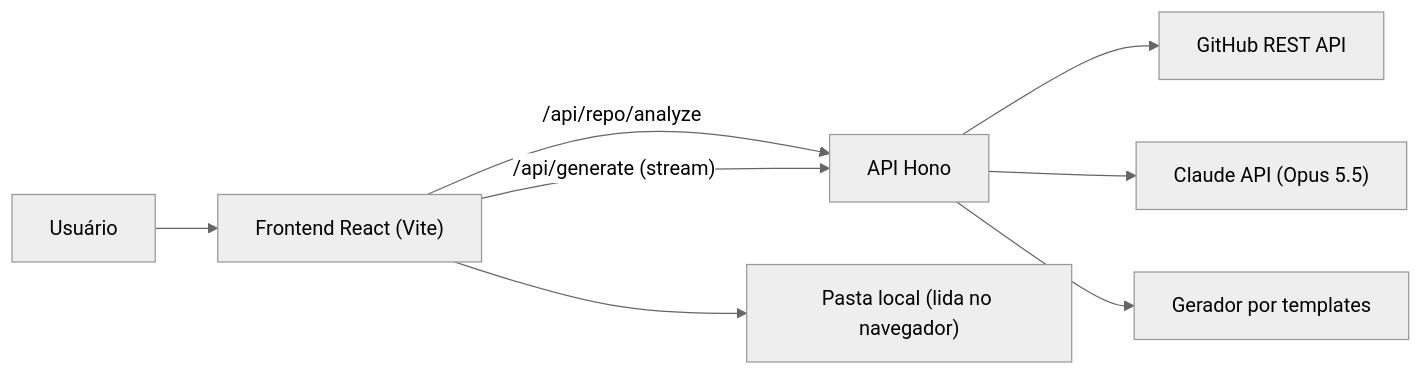
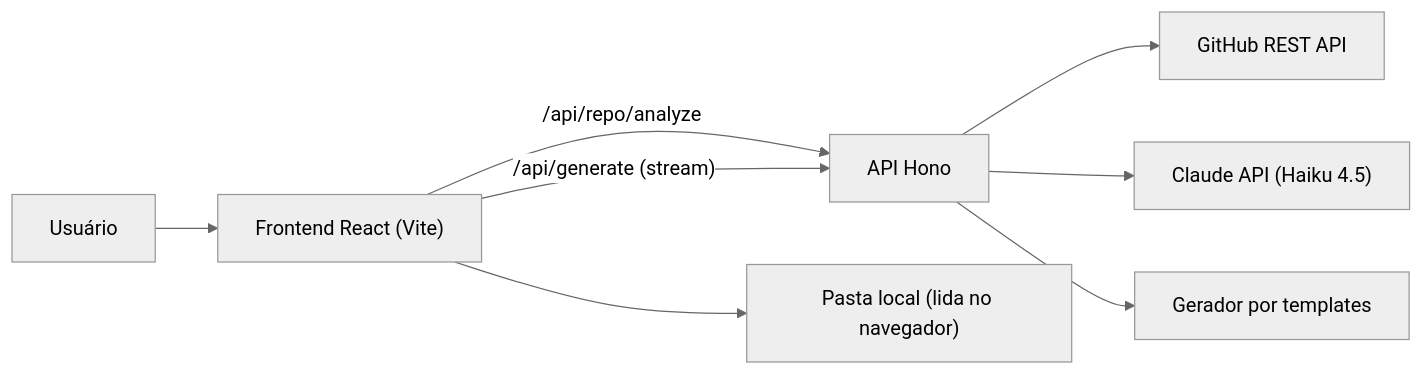
The diagram in README.md (lmaciel0/ReadmeCraft), drawn with Mermaid (neutral theme) before and after one commit. The commit also changed other lines of this file and 6 other files, not shown here.

````diff
--- a/README.md
+++ b/README.md
@@ -38,10 +38,10 @@
 ```mermaid
 flowchart LR
   user["Usuário"] --> web["Frontend React (Vite)"]
   web -->|"/api/repo/analyze"| api["API Hono"]
   web -->|"/api/generate (stream)"| api
   api --> gh["GitHub REST API"]
-  api --> claude["Claude API (Opus 5.5)"]
+  api --> claude["Claude API (Haiku 4.5)"]
   api --> tpl["Gerador por templates"]
   web --> local["Pasta local (lida no navegador)"]
 ```
````
